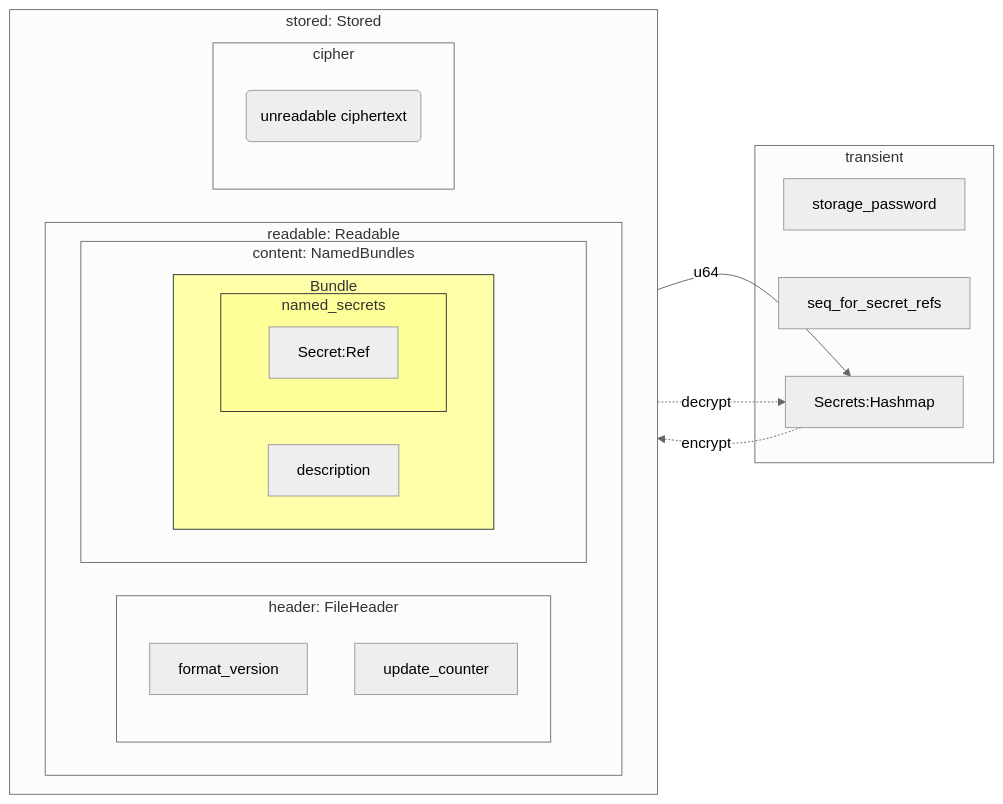
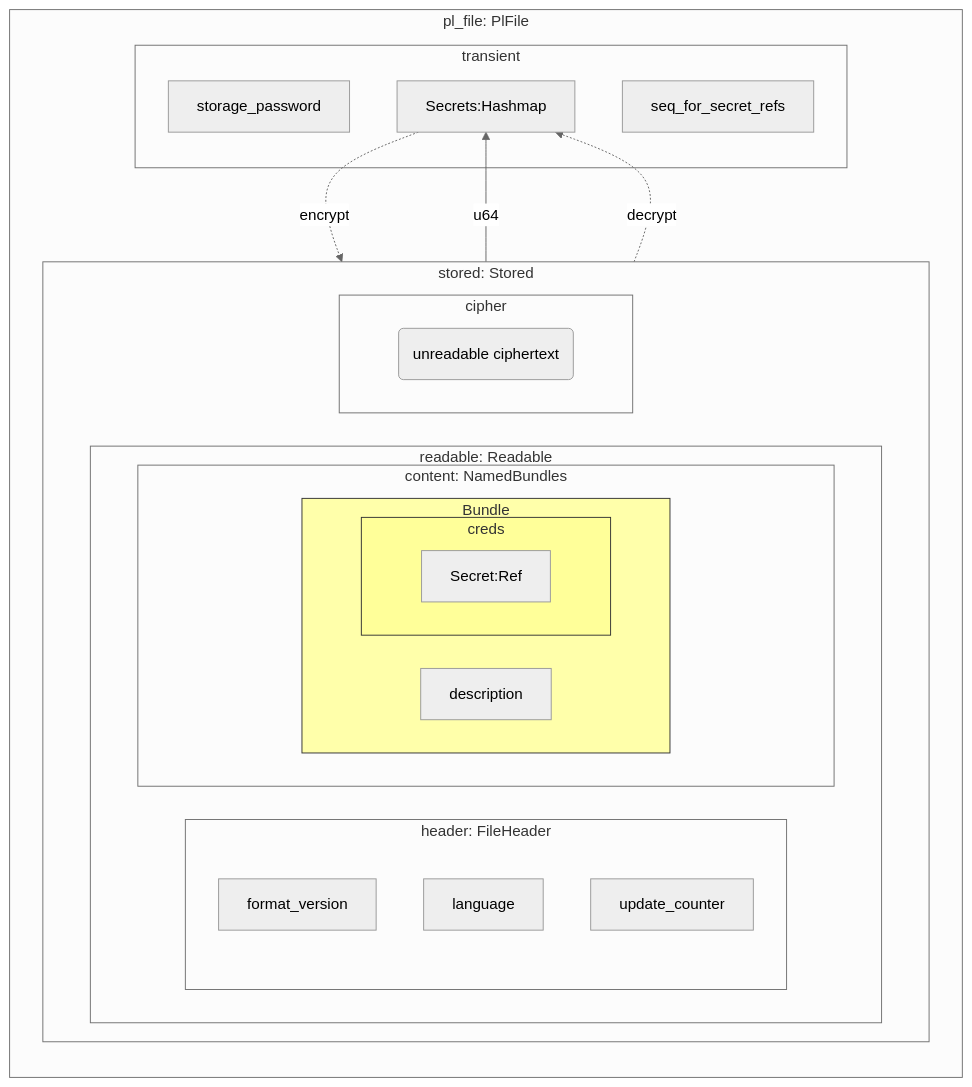
One commit to emabee/rust-prolock changed the first of 2 diagrams in doc/overview.md. Above: the diagram before and after it, drawn with Mermaid (neutral theme). The commit also changed other lines of this file and 12 other files, not shown here.

Commit message:
Rename NamedSecret into Cred, encrypt both parts of it (name and secret)

````diff
--- a/doc/overview.md
+++ b/doc/overview.md
@@ -23,45 +25,49 @@
 ```mermaid
     flowchart LR
 
-    subgraph stored: Stored
-        direction LR
-        subgraph readable: Readable
-            subgraph header: FileHeader
-                format_version
-                update_counter
-            end
-            subgraph content: NamedBundles
-                subgraph Bundle
-                    direction LR
-                    description
-                    subgraph named_secrets
-                        Secret:Ref
+    subgraph pl_file: PlFile
+        subgraph stored: Stored
+            direction LR
+            subgraph readable: Readable
+                subgraph header: FileHeader
+                    format_version
+                    language
+                    update_counter
+                end
+                subgraph content: NamedBundles
+                    subgraph Bundle
+                        direction LR
+                        description
+                        subgraph creds
+                            Secret:Ref
+                        end
                     end
                 end
             end
+            subgraph cipher
+                C(unreadable ciphertext)
+            end
         end
-        subgraph cipher
-            C(unreadable ciphertext)
+
+        subgraph transient
+            storage_password
+            seq_for_secret_refs
+            Secrets:Hashmap
         end
     end
 
-    subgraph transient
-        storage_password
-        seq_for_secret_refs
-        Secrets:Hashmap
-    end
 
     Secret:Ref -- u64 --> Secrets:Hashmap
     Secrets:Hashmap -. encrypt .-> cipher
     cipher -. decrypt .-> Secrets:Hashmap
 
 
 classDef class1 fill:#ffc,stroke:#333,stroke-width:1px;
 classDef class2 fill:#ffb,stroke:#333,stroke-width:1px;
 classDef class3 fill:#ffa,stroke:#333,stroke-width:1px;
 classDef class4 fill:#ff9,stroke:#333,stroke-width:1px;
 class readable class1
 class content:NamedBundles,header class2
 class Bundle class3
-class named_secrets class4
+class creds class4
 ```
````
